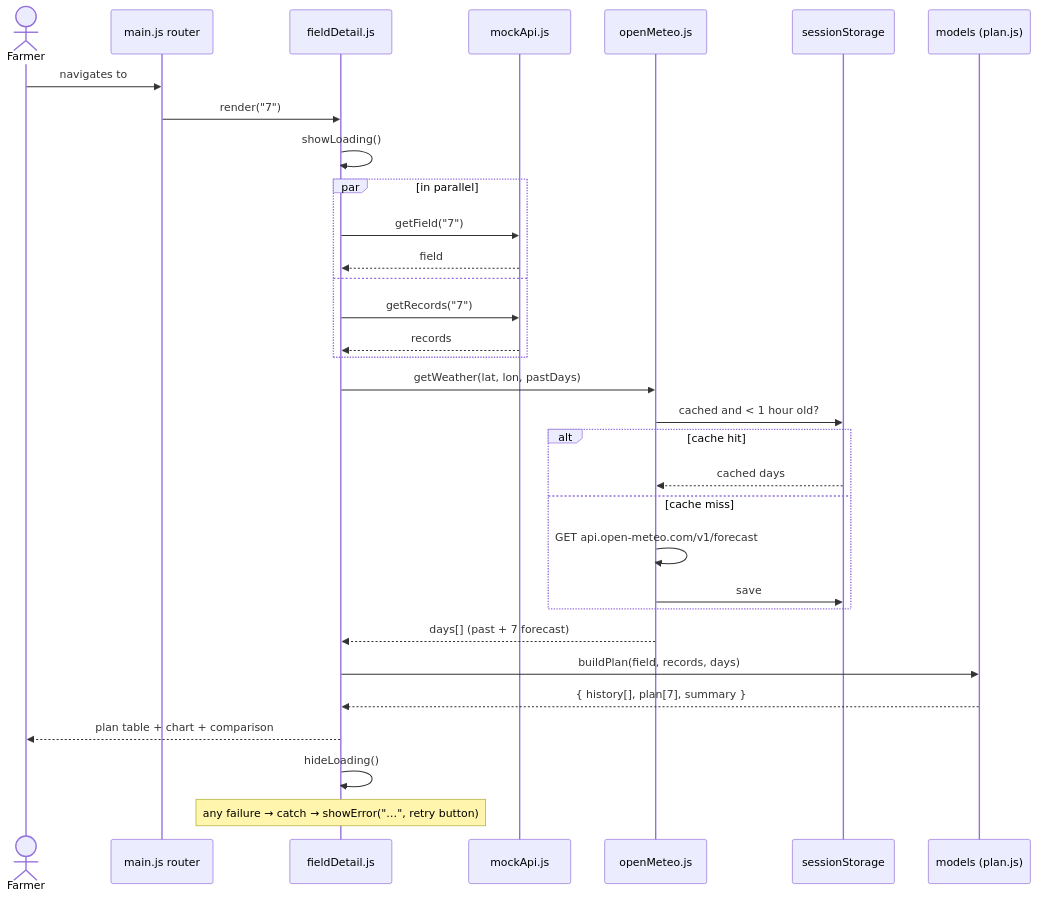
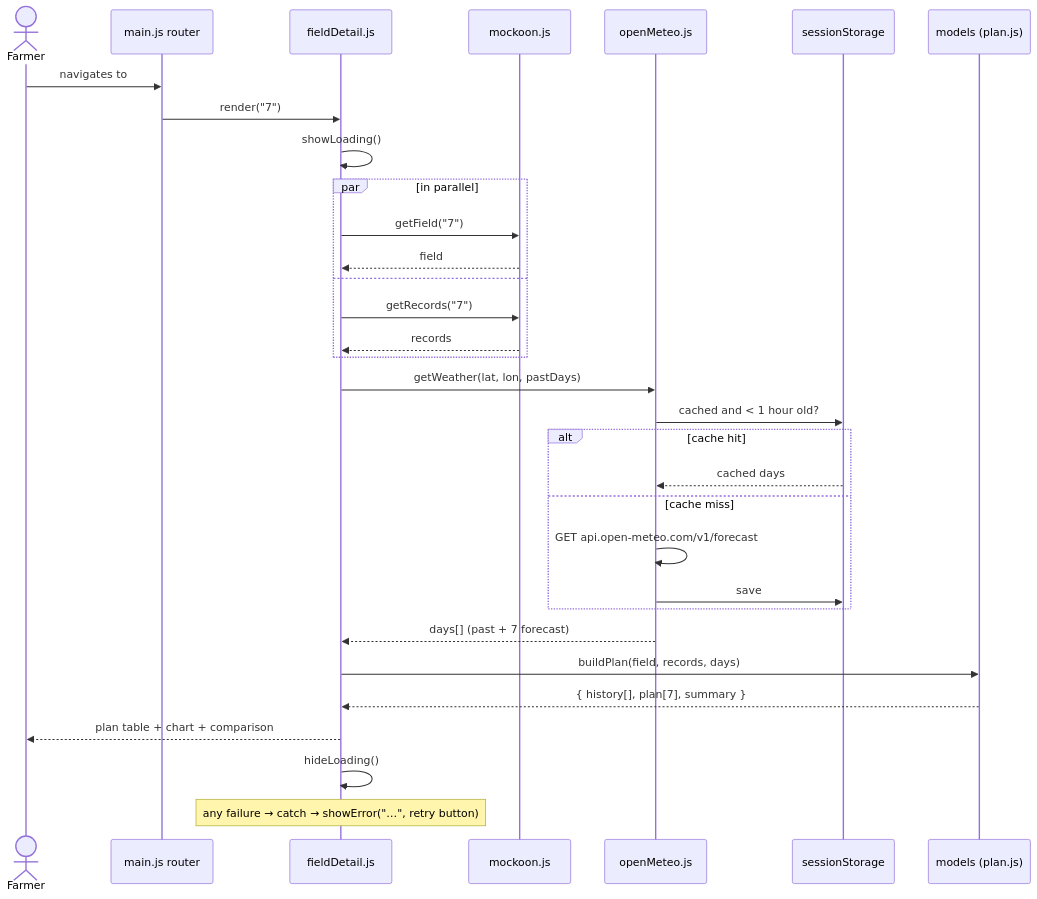
The ninth of 13 diagrams in ARCHITECTURE.md (ViiUnknown/aquaplan), drawn with Mermaid before and after one commit. The commit also changed other lines of this file and 35 other files, not shown here.

````diff
--- a/ARCHITECTURE.md
+++ b/ARCHITECTURE.md
@@ -345,35 +353,35 @@
 ```mermaid
 sequenceDiagram
     actor U as Farmer
     participant R as main.js router
     participant V as fieldDetail.js
-    participant MA as mockApi.js
+    participant MA as mockoon.js
     participant OM as openMeteo.js
     participant C as sessionStorage
     participant MOD as models (plan.js)
 
     U->>R: navigates to #/fields/7
     R->>V: render("7")
     V->>V: showLoading()
     par in parallel
         V->>MA: getField("7")
         MA-->>V: field
     and
         V->>MA: getRecords("7")
         MA-->>V: records
     end
     V->>OM: getWeather(lat, lon, pastDays)
     OM->>C: cached and < 1 hour old?
     alt cache hit
         C-->>OM: cached days
     else cache miss
         OM->>OM: GET api.open-meteo.com/v1/forecast
         OM->>C: save
     end
     OM-->>V: days[] (past + 7 forecast)
     V->>MOD: buildPlan(field, records, days)
     MOD-->>V: { history[], plan[7], summary }
     V-->>U: plan table + chart + comparison
     V->>V: hideLoading()
     Note over V: any failure → catch → showError("…", retry button)
 ```
````
